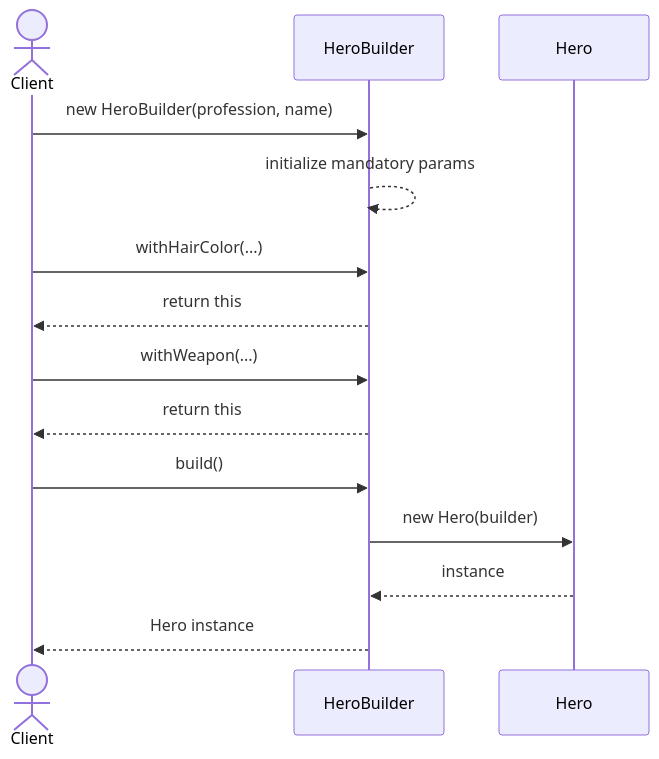
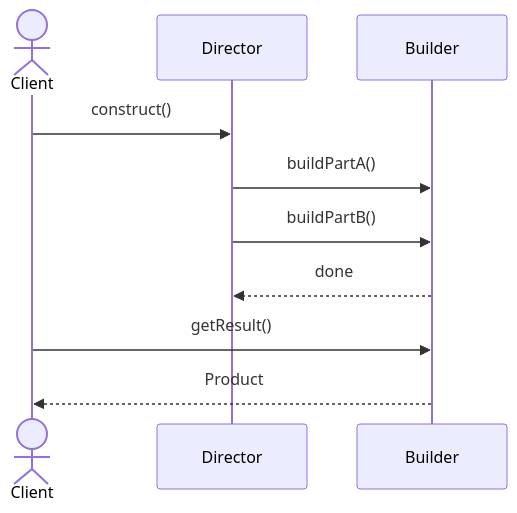
One commit to SaumilP/design-patterns changed the second of 2 diagrams in builder/README.md. Above: the diagram before and after it, drawn with Mermaid. The commit also changed other lines of this file and 34 other files, not shown here.

Commit message:
Added class and sequence diagrams

````diff
--- a/builder/README.md
+++ b/builder/README.md
@@ -125,17 +150,10 @@
 ```mermaid
 sequenceDiagram
     actor Client
-    participant Builder as HeroBuilder
-    participant Product as Hero
-    
-    Client->>Builder: new HeroBuilder(profession, name)
-    Builder-->>Builder: initialize mandatory params
-    Client->>Builder: withHairColor(...)
-    Builder-->>Client: return this
-    Client->>Builder: withWeapon(...)
-    Builder-->>Client: return this
-    Client->>Builder: build()
-    Builder->>Product: new Hero(builder)
-    Product-->>Builder: instance
-    Builder-->>Client: Hero instance
+    Client->>Director: construct()
+    Director->>Builder: buildPartA()
+    Director->>Builder: buildPartB()
+    Builder-->>Director: done
+    Client->>Builder: getResult()
+    Builder-->>Client: Product
 ```
````
